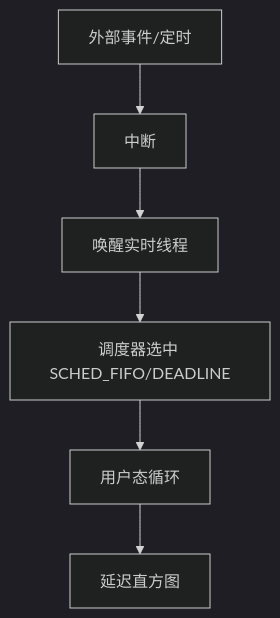
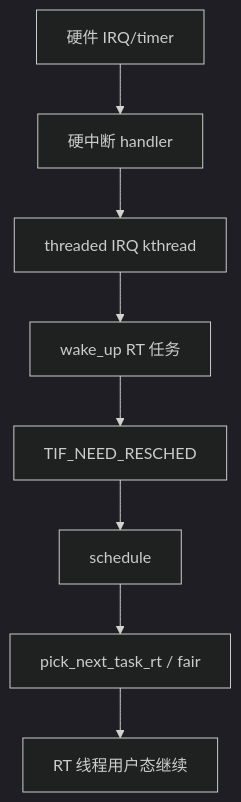
The first of 2 diagrams in articles/csdn-merged/实时系统-实时内核PREEMPT_RT完整篇.md (yanggan2015/knowledge-json-v2), drawn with Mermaid (dark theme) before and after one commit. The commit also changed other lines of this file and 13 other files, not shown here.

````diff
--- a/articles/csdn-merged/实时系统-实时内核PREEMPT_RT完整篇.md
+++ b/articles/csdn-merged/实时系统-实时内核PREEMPT_RT完整篇.md
@@ -16,8 +41,10 @@
 ```mermaid
 flowchart TD
-    A[外部事件/定时] --> B[中断]
-    B --> C[唤醒实时线程]
-    C --> D[调度器选中 SCHED_FIFO/DEADLINE]
-    D --> E[用户态循环]
-    E --> F[延迟直方图]
+    HW[硬件 IRQ/timer] --> ISR[硬中断 handler]
+    ISR --> TIRQ[threaded IRQ kthread]
+    TIRQ --> WAKE[wake_up RT 任务]
+    WAKE --> NEED[TIF_NEED_RESCHED]
+    NEED --> SCHED[schedule]
+    SCHED --> PICK[pick_next_task_rt / fair]
+    PICK --> RUN[RT 线程用户态继续]
 ```
````
